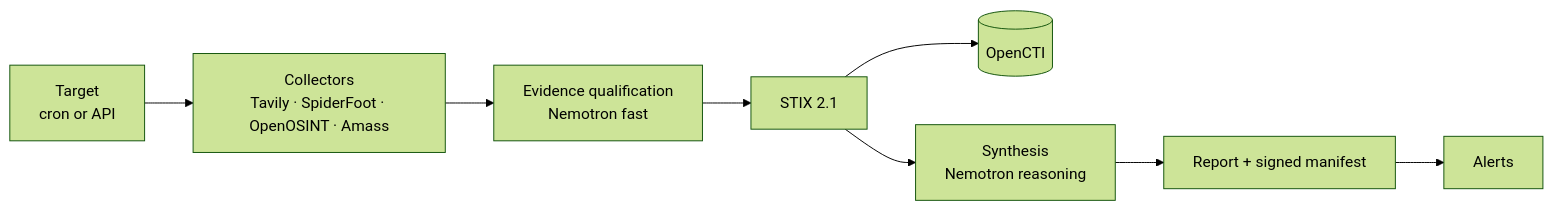
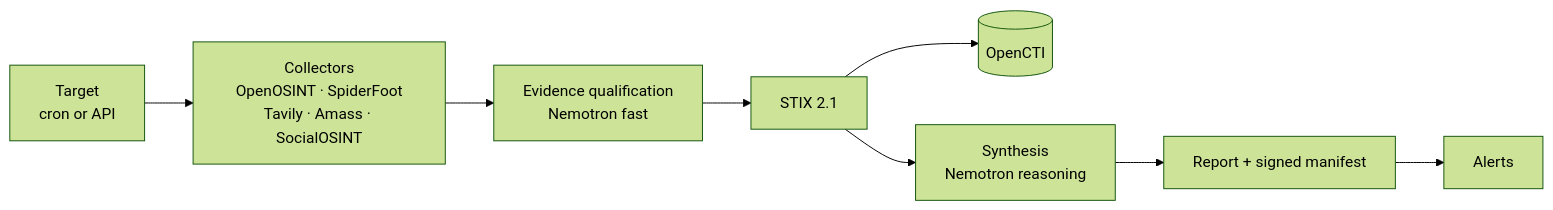
Before and after one commit to careb36/osint-orchestrator-oss: the diagram in README.md, drawn with Mermaid (forest theme). The commit also changed other lines of this file and 7 other files, not shown here.

First line of the commit message:
docs: refresh the diagrams, the screenshots and the documentation index (#172)

````diff
--- a/README.md
+++ b/README.md
@@ -23,10 +23,10 @@
 ```mermaid
 flowchart LR
-    T[Target<br/>cron or API] --> C[Collectors<br/>Tavily · SpiderFoot · OpenOSINT · Amass]
+    T[Target<br/>cron or API] --> C[Collectors<br/>OpenOSINT · SpiderFoot<br/>Tavily · Amass · SocialOSINT]
     C --> Q[Evidence qualification<br/>Nemotron fast]
     Q --> N[STIX 2.1]
     N --> O[(OpenCTI)]
     N --> S[Synthesis<br/>Nemotron reasoning]
     S --> R[Report + signed manifest]
     R --> A[Alerts]
 ```
````
